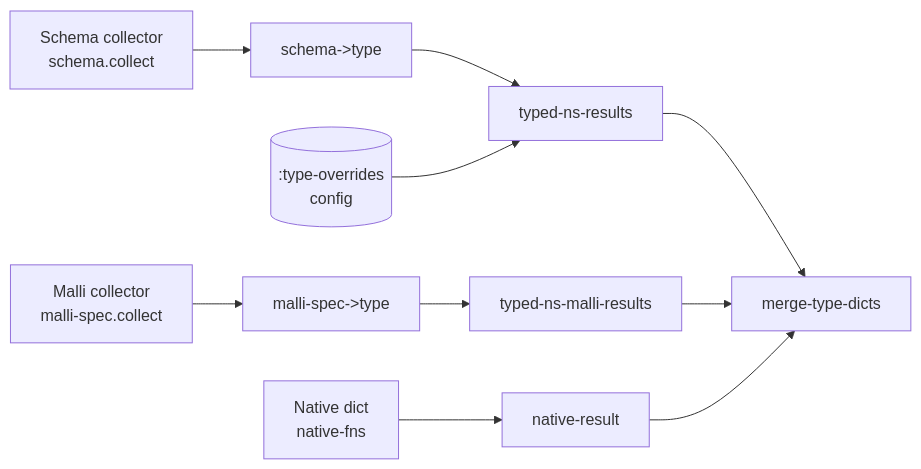
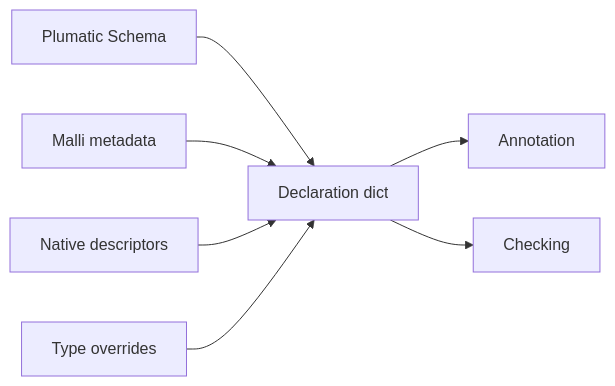
One commit to nomicflux/skeptic changed the diagram in skeptic/docs/walkthrough/05-admission-paths.md. Above: the diagram before and after it, drawn with Mermaid. The commit also changed other lines of this file and 12 other files, not shown here.

````diff
--- a/skeptic/docs/walkthrough/05-admission-paths.md
+++ b/skeptic/docs/walkthrough/05-admission-paths.md
@@ -75,19 +41,9 @@
 ```mermaid
 flowchart LR
-  schema[Schema collector<br/>schema.collect]
-  malli[Malli collector<br/>malli-spec.collect]
-  native[Native dict<br/>native-fns]
-  override[(:type-overrides<br/>config)]
-
-  schema --> bridge1[schema->type]
-  malli  --> bridge2[malli-spec->type]
-
-  bridge1 --> typed1[typed-ns-results]
-  override --> typed1
-  bridge2 --> typed2[typed-ns-malli-results]
-  native  --> typed3[native-result]
-
-  typed1 --> dict[merge-type-dicts]
-  typed2 --> dict
-  typed3 --> dict
+  schema[Plumatic Schema] --> dict[Declaration dict]
+  malli[Malli metadata] --> dict
+  native[Native descriptors] --> dict
+  override[Type overrides] --> dict
+  dict --> annotate[Annotation]
+  dict --> checking[Checking]
 ```
````
